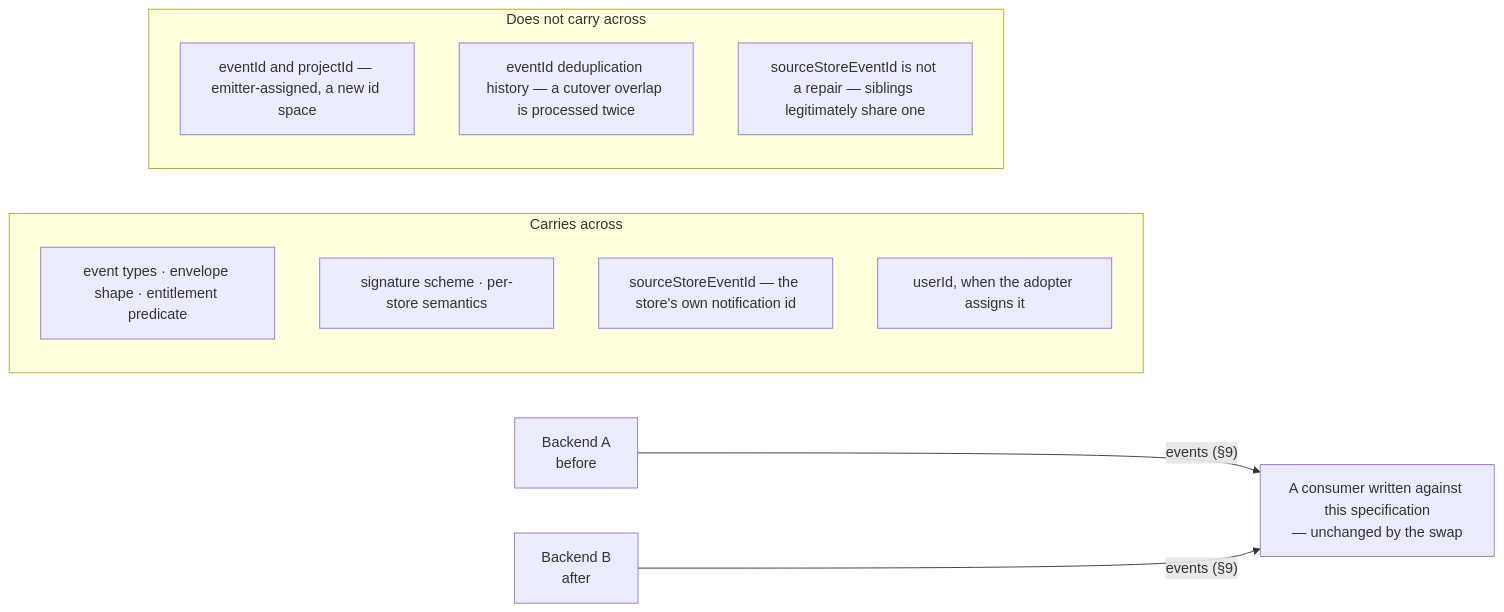
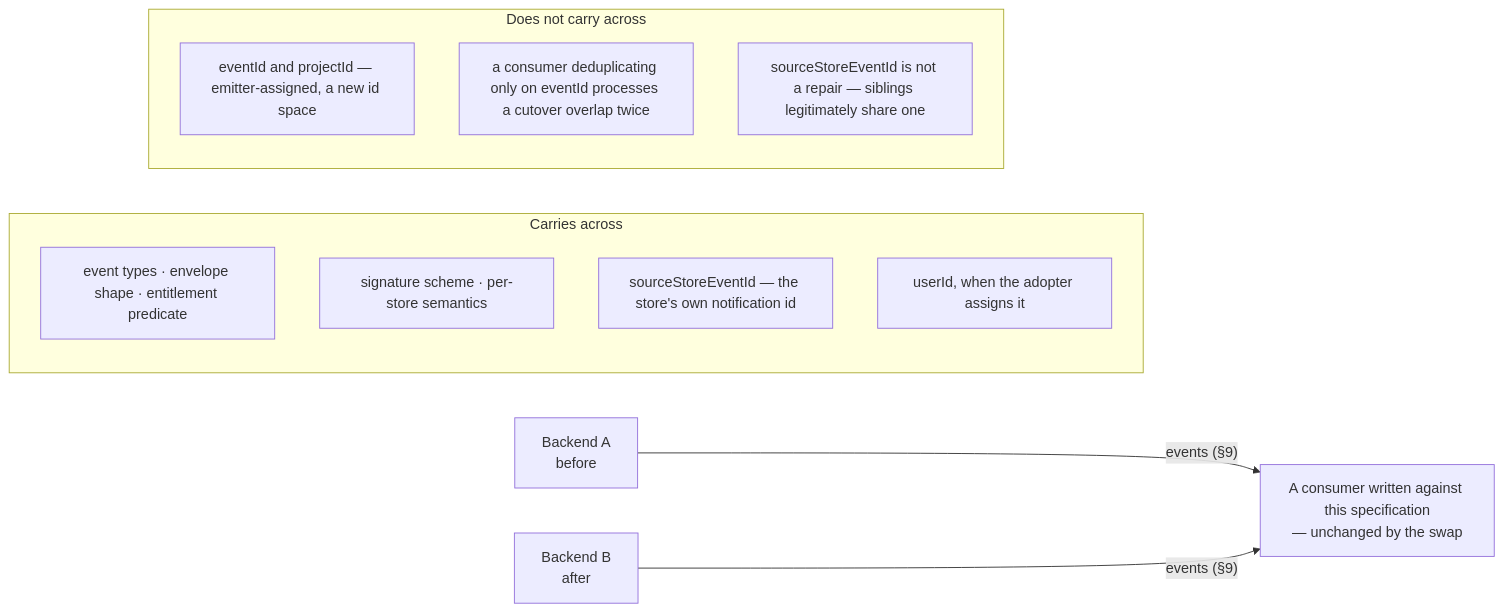
The third of 3 diagrams in specs/commerce-protocol/SPEC.md (hyodotdev/openiap), drawn with Mermaid before and after one commit. The commit also changed other lines of this file and 3 other files, not shown here.

````diff
--- a/specs/commerce-protocol/SPEC.md
+++ b/specs/commerce-protocol/SPEC.md
@@ -1376,20 +1378,20 @@
 ```mermaid
 flowchart LR
   consumer["A consumer written against this specification<br/>— unchanged by the swap"]
   A["Backend A<br/>before"]
   B["Backend B<br/>after"]
   A -- "events (§9)" --> consumer
   B -- "events (§9)" --> consumer
 
   subgraph carries ["Carries across"]
     c1["event types · envelope shape · entitlement predicate"]
     c2["signature scheme · per-store semantics"]
     c3["sourceStoreEventId — the store's own notification id"]
     c4["userId, when the adopter assigns it"]
   end
   subgraph breaks ["Does not carry across"]
     n1["eventId and projectId — emitter-assigned, a new id space"]
-    n2["eventId deduplication history — a cutover overlap is processed twice"]
+    n2["a consumer deduplicating only on eventId processes a cutover overlap twice"]
     n3["sourceStoreEventId is not a repair — siblings legitimately share one"]
   end
 ```
````
